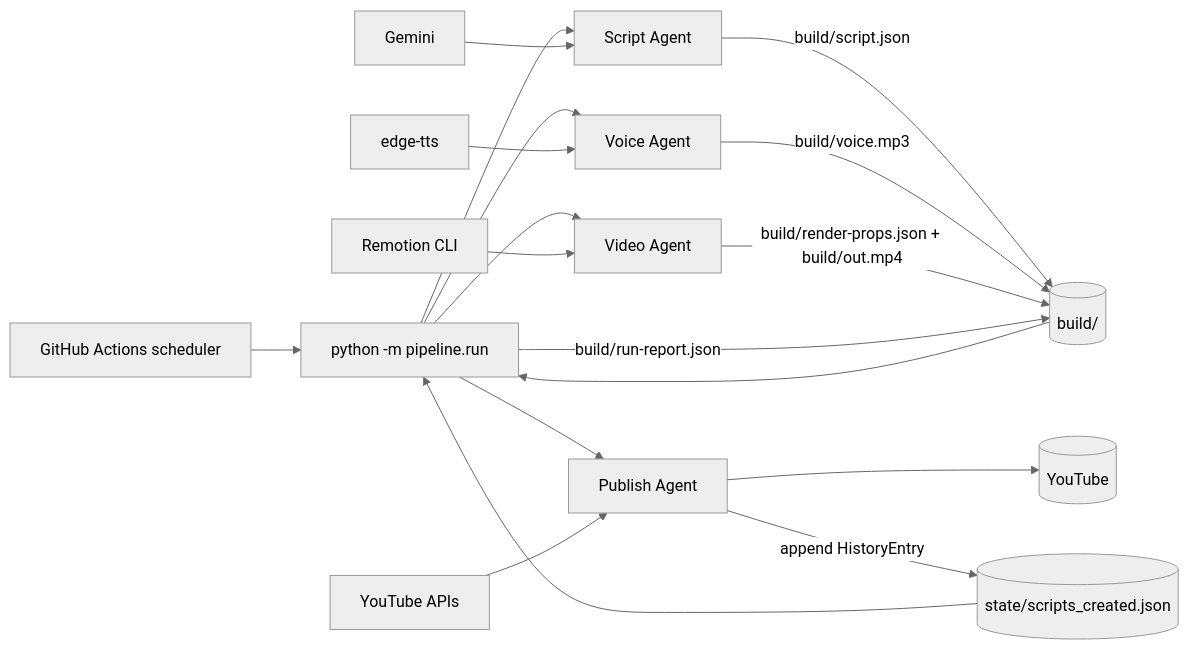
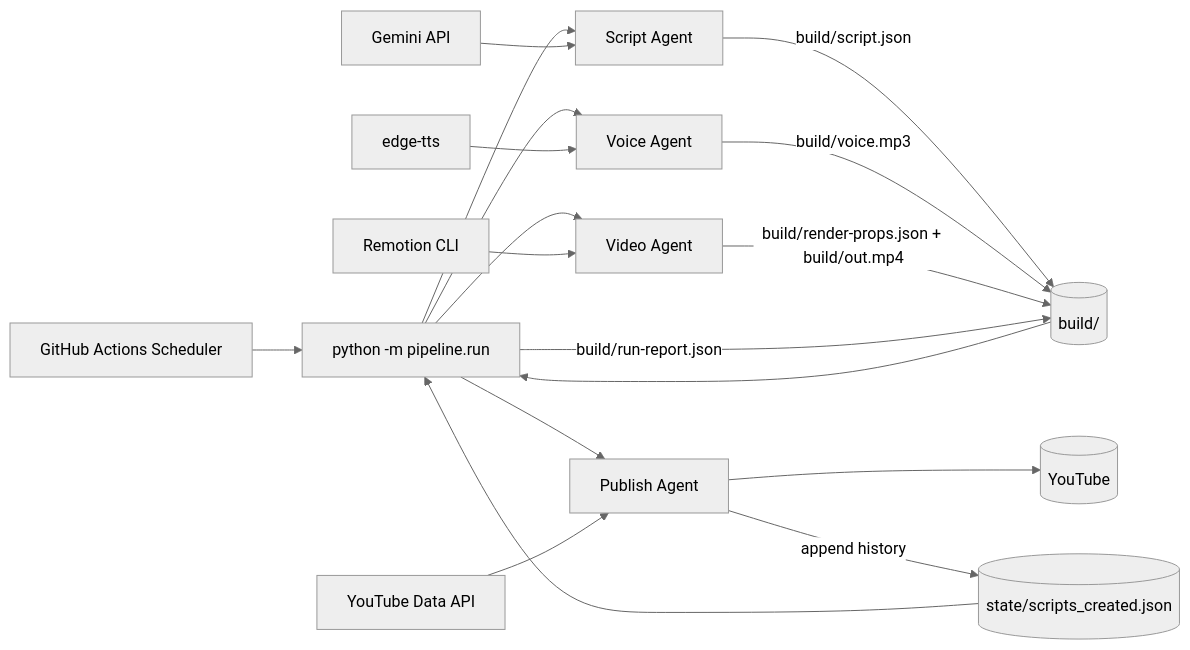
The second of 6 diagrams in README.md (BharatMahajan/AEC_AI_Shorts), drawn with Mermaid (neutral theme) before and after one commit. The commit also changed other lines of this file, not shown here.

````diff
--- a/README.md
+++ b/README.md
@@ -35,25 +150,25 @@
 ```mermaid
 flowchart LR
-  CI[GitHub Actions scheduler] --> RUN[python -m pipeline.run]
+  CI["GitHub Actions Scheduler"] --> RUN["python -m pipeline.run"]
 
-  RUN --> S[Script Agent]
-  RUN --> V[Voice Agent]
-  RUN --> R[Video Agent]
-  RUN --> P[Publish Agent]
+  RUN --> SCRIPT["Script Agent"]
+  RUN --> VOICE["Voice Agent"]
+  RUN --> VIDEO["Video Agent"]
+  RUN --> PUBLISH["Publish Agent"]
 
-  S -->|build/script.json| B[(build/)]
-  V -->|build/voice.mp3| B
-  R -->|build/render-props.json + build/out.mp4| B
-  RUN -->|build/run-report.json| B
+  SCRIPT -->|"build/script.json"| BUILD[("build/")]
+  VOICE -->|"build/voice.mp3"| BUILD
+  VIDEO -->|"build/render-props.json + build/out.mp4"| BUILD
+  RUN -->|"build/run-report.json"| BUILD
 
-  P --> YT[(YouTube)]
-  P -->|append HistoryEntry| H[(state/scripts_created.json)]
+  PUBLISH --> YOUTUBE[("YouTube")]
+  PUBLISH -->|"append history"| HISTORY[("state/scripts_created.json")]
 
-  G[Gemini] --> S
-  TTS[edge-tts] --> V
-  REM[Remotion CLI] --> R
-  YTA[YouTube APIs] --> P
+  GEMINI["Gemini API"] --> SCRIPT
+  TTS["edge-tts"] --> VOICE
+  REMOTION["Remotion CLI"] --> VIDEO
+  YTAPI["YouTube Data API"] --> PUBLISH
 
-  H --> RUN
-  B --> RUN
+  HISTORY --> RUN
+  BUILD --> RUN
 ```
````
